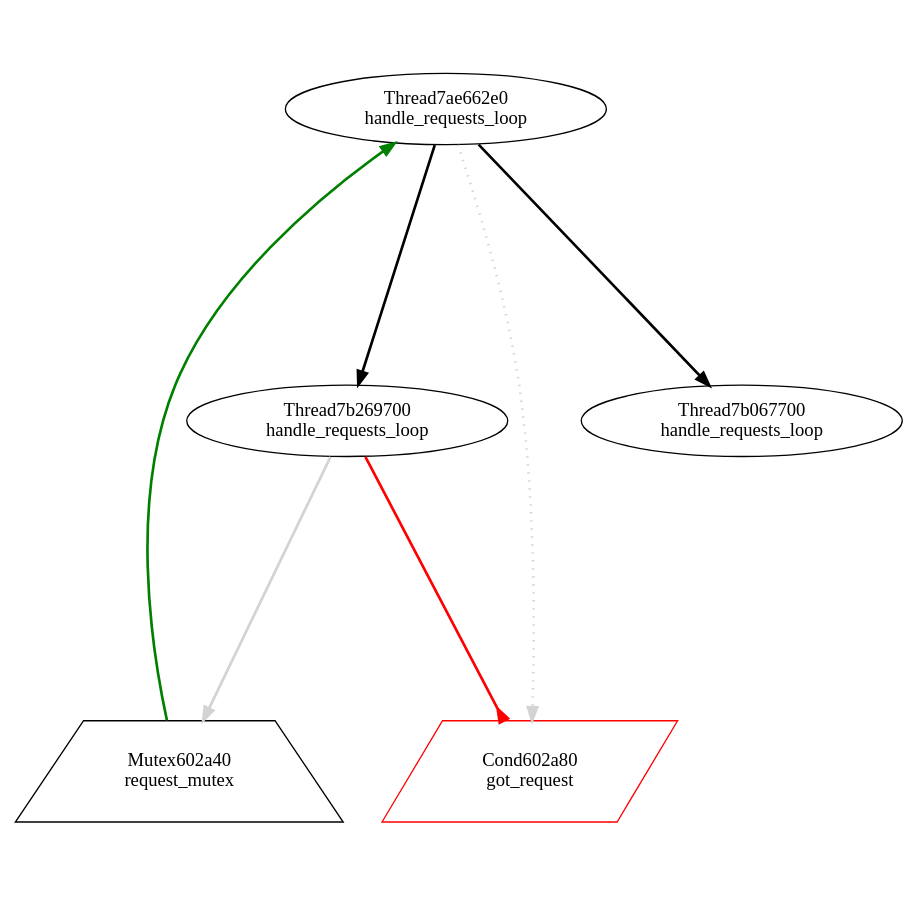
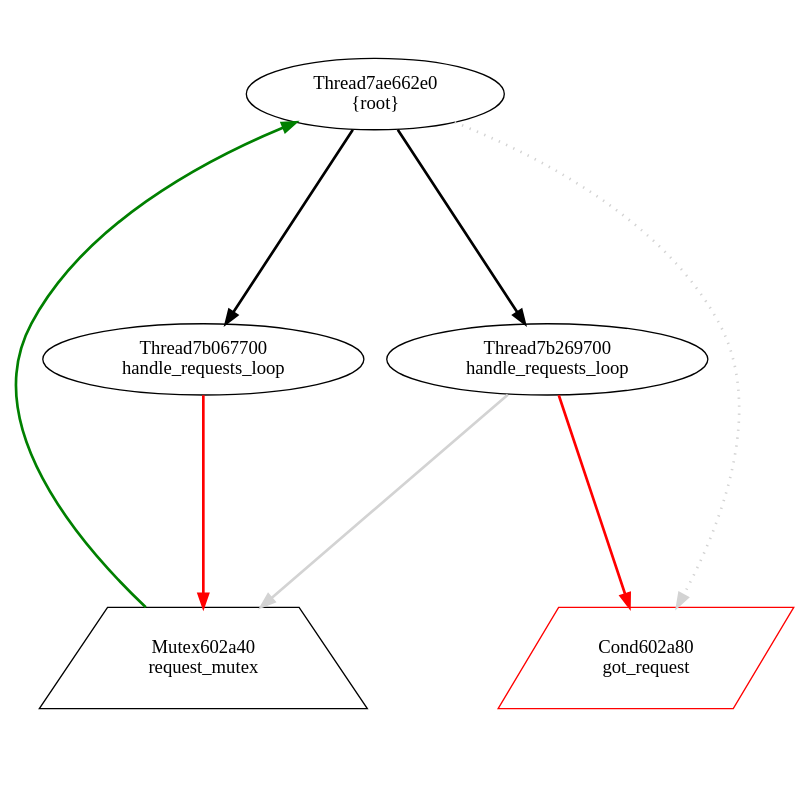
One commit to v4o6/cs410 changed the diagram in view/dot/graph024.dot. Above: the diagram before and after it, drawn with Graphviz. The commit also changed 102 other files, not shown here.

Commit message:
root thread's function should be unknown

```diff
--- a/view/dot/graph024.dot
+++ b/view/dot/graph024.dot
@@ -1,14 +1,15 @@
 digraph G {
 graph[center=true, ratio=1];
 Mutex602a40 [shape=trapezium,color=black,label="Mutex602a40\nrequest_mutex"];
 Cond602a80 [shape=parallelogram,color=red,label="Cond602a80\ngot_request"];
-Thread7ae662e0 [color=black,label="Thread7ae662e0\nhandle_requests_loop"];
+Thread7ae662e0 [color=black,label="Thread7ae662e0\n{root}"];
 Thread7ae662e0 -> Mutex602a40 [arrowhead=normal,color=green,dir=back,penwidth=2];
 Thread7ae662e0 -> Cond602a80 [style=dotted,color=lightgray,penwidth=2];
 Thread7ae662e0 -> Thread7b269700 [arrowhead=normal,penwidth=2];
 Thread7ae662e0 -> Thread7b067700 [arrowhead=normal,penwidth=2];
 Thread7b269700 [color=black,label="Thread7b269700\nhandle_requests_loop"];
 Thread7b269700 -> Mutex602a40 [arrowhead=normal,color=lightgray,penwidth=2];
-Thread7b269700 -> Cond602a80 [arrowhead=inv,color=red,penwidth=2];
+Thread7b269700 -> Cond602a80 [arrowhead=normal,color=red,penwidth=2];
 Thread7b067700 [color=black,label="Thread7b067700\nhandle_requests_loop"];
+Thread7b067700 -> Mutex602a40 [arrowhead=normal,color=red,penwidth=2];
 }
```
